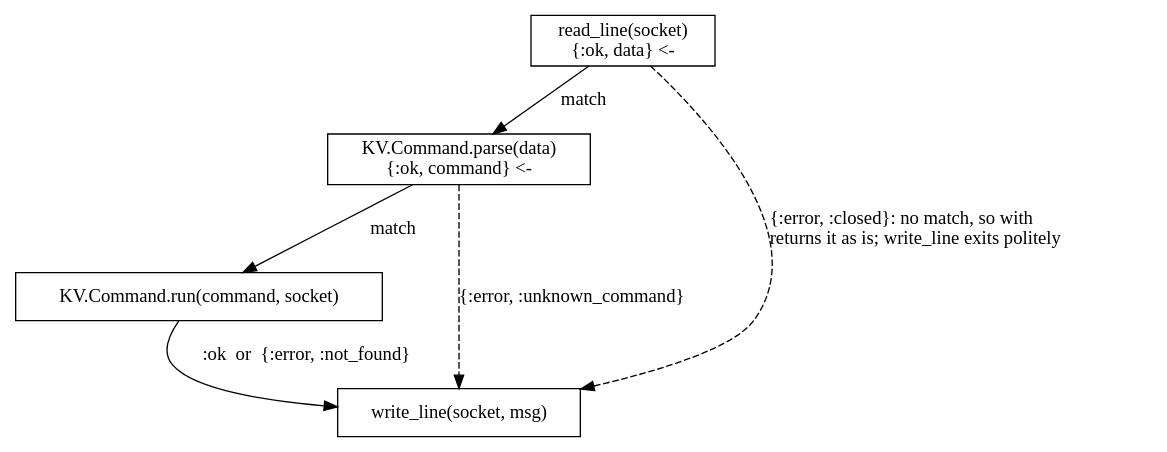
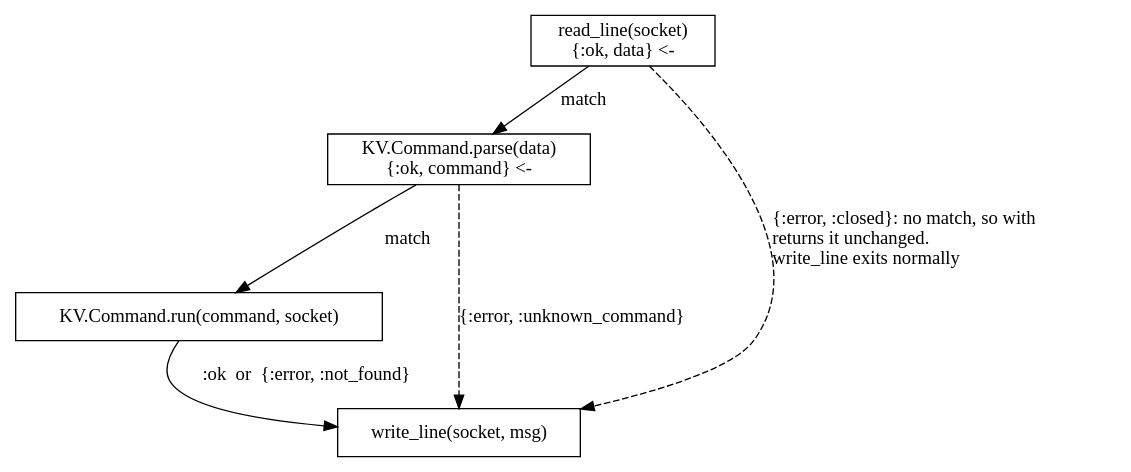
One commit to danceinthefake/visualixir changed the diagram in docs/diagrams/docs-tests-and-with/with-chain.dot. Above: the diagram before and after it, drawn with Graphviz. The commit also changed 59 other files, not shown here.

First line of the commit message:
Apply ASD-STE100 to interface text and diagram labels

```diff
--- a/docs/diagrams/docs-tests-and-with/with-chain.dot
+++ b/docs/diagrams/docs-tests-and-with/with-chain.dot
@@ -1,12 +1,12 @@
 digraph with_chain {
   node [shape=box]
   r [label="read_line(socket)\n{:ok, data} <-"]
   p [label="KV.Command.parse(data)\n{:ok, command} <-"]
   u [label="KV.Command.run(command, socket)" class=hl]
   w [label="write_line(socket, msg)"]
   r -> p [label=" match"]
   p -> u [label=" match"]
   u -> w [label=" :ok  or  {:error, :not_found}"]
-  r -> w [label=" {:error, :closed}: no match, so with\l returns it as is; write_line exits politely\l" class=bad style=dashed]
+  r -> w [label=" {:error, :closed}: no match, so with\l returns it unchanged.\l write_line exits normally\l" class=bad style=dashed]
   p -> w [label=" {:error, :unknown_command}\l" class=bad style=dashed]
 }
```
